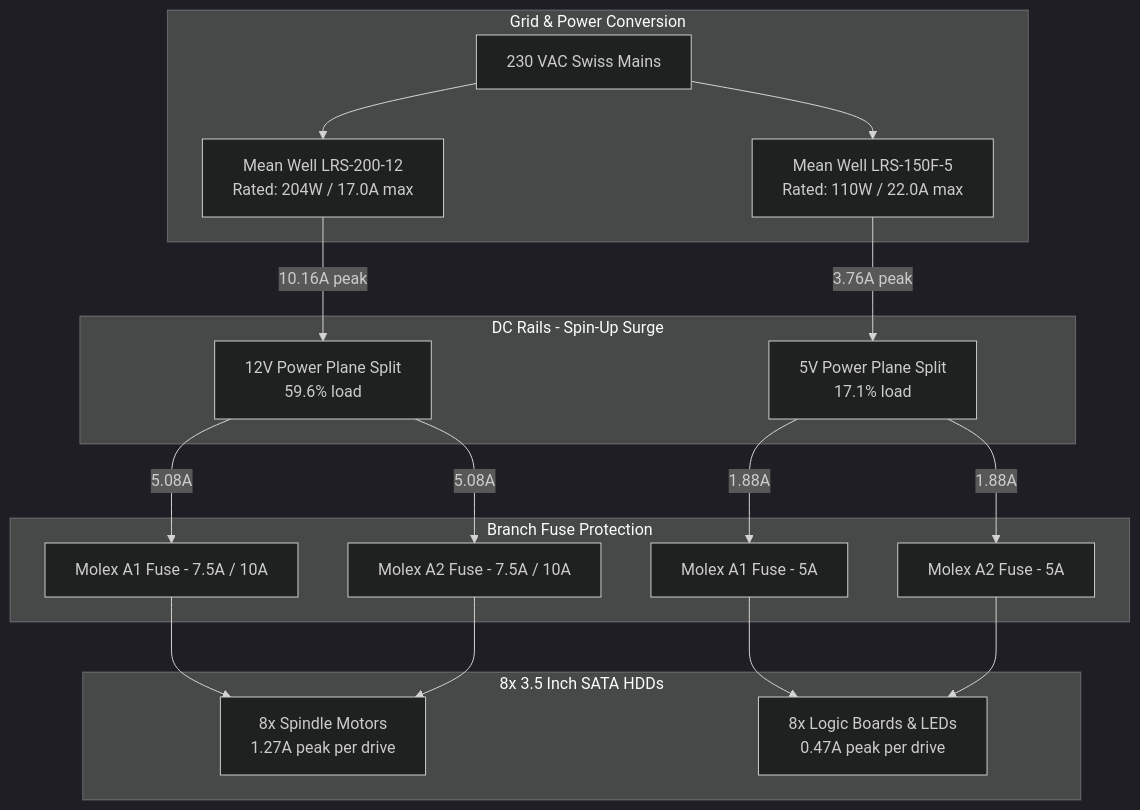
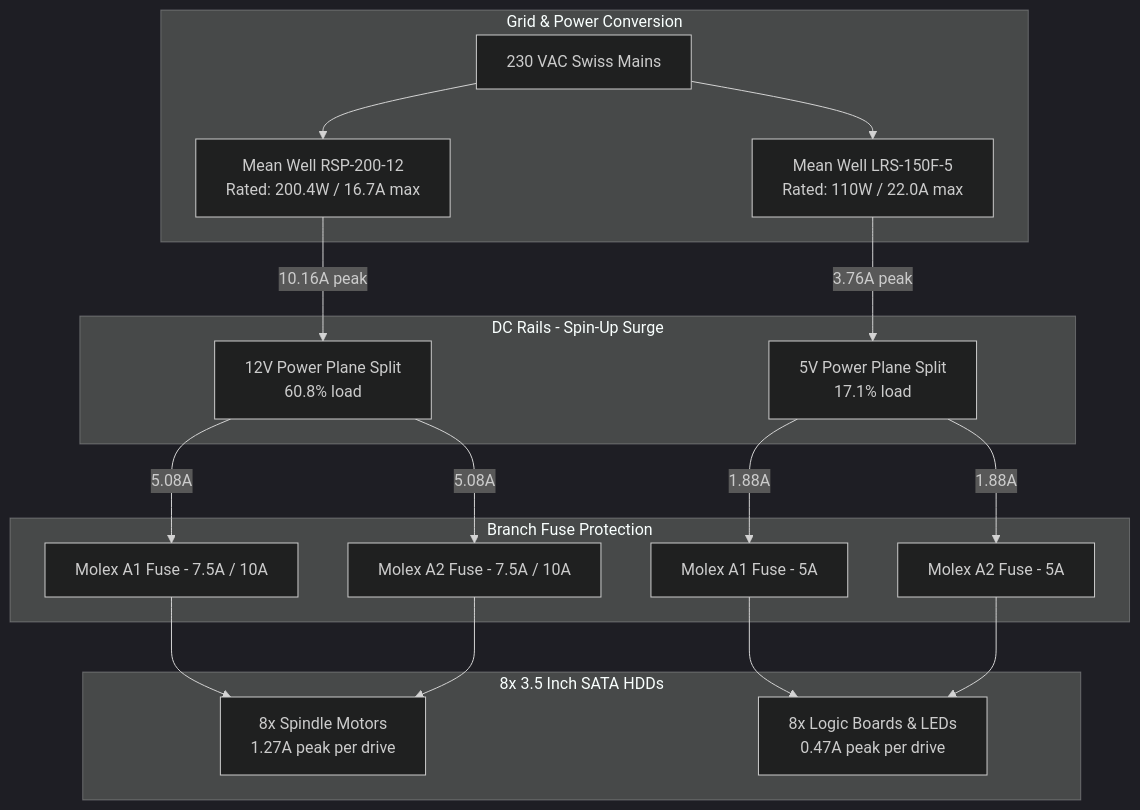
One commit to Lukas0923xcv/JBOD changed the diagram in docs/electrical_calculations.md. Above: the diagram before and after it, drawn with Mermaid (dark theme). The commit also changed other lines of this file and 5 other files, not shown here.

Commit message:
Standardize on Mean Well RSP-200-12, RSP-500-12, and LRS-150F-5; sanitize all Mermaid diagrams

````diff
--- a/docs/electrical_calculations.md
+++ b/docs/electrical_calculations.md
@@ -35,24 +35,26 @@
 ```mermaid
 flowchart TD
     subgraph Grid ["Grid & Power Conversion"]
-        AC["230 VAC Swiss Mains"] --> LRS12["Mean Well LRS-200-12<br>Rated: 204W / 17.0A max"]
+        AC["230 VAC Swiss Mains"] --> RSP12["Mean Well RSP-200-12<br>Rated: 200.4W / 16.7A max"]
         AC --> LRS5["Mean Well LRS-150F-5<br>Rated: 110W / 22.0A max"]
     end
 
     subgraph Rails ["DC Rails - Spin-Up Surge"]
-        LRS12 -->|"10.16A peak"| Split12["12V Power Plane Split<br>59.6% load"]
+        RSP12 -->|"10.16A peak"| Split12["12V Power Plane Split<br>60.8% load"]
         LRS5 -->|"3.76A peak"| Split5["5V Power Plane Split<br>17.1% load"]
     end
 
     subgraph Fuses ["Branch Fuse Protection"]
         Split12 -->|"5.08A"| F1["Molex A1 Fuse - 7.5A / 10A"]
         Split12 -->|"5.08A"| F2["Molex A2 Fuse - 7.5A / 10A"]
         Split5 -->|"1.88A"| F3["Molex A1 Fuse - 5A"]
         Split5 -->|"1.88A"| F4["Molex A2 Fuse - 5A"]
     end
 
     subgraph Load ["8x 3.5 Inch SATA HDDs"]
-        F1 & F2 --> Spindles["8x Spindle Motors<br>1.27A peak per drive"]
-        F3 & F4 --> Logic["8x Logic Boards & LEDs<br>0.47A peak per drive"]
+        F1 --> Spindles["8x Spindle Motors<br>1.27A peak per drive"]
+        F2 --> Spindles
+        F3 --> Logic["8x Logic Boards & LEDs<br>0.47A peak per drive"]
+        F4 --> Logic
     end
 ```
````
